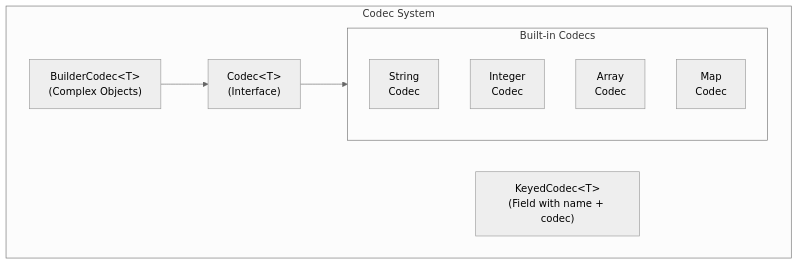
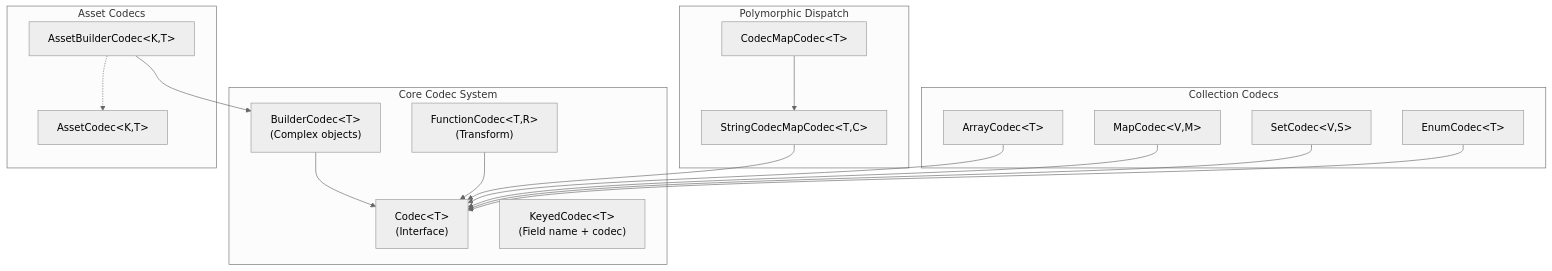
Before and after one commit to ItsRiprod/doctale: the diagram in src/content/docs/plugin-development/serialization/overview.mdx, drawn with Mermaid (neutral theme). The commit also changed other lines of this file and 12 other files, not shown here.

````diff
--- a/src/content/docs/plugin-development/serialization/overview.mdx
+++ b/src/content/docs/plugin-development/serialization/overview.mdx
@@ -25,19 +35,37 @@
 ```mermaid
 flowchart TB
-    subgraph Codec["Codec System"]
+    subgraph Core["Core Codec System"]
         Interface["Codec&lt;T&gt;<br/>(Interface)"]
-        Builder["BuilderCodec&lt;T&gt;<br/>(Complex Objects)"]
+        Keyed["KeyedCodec&lt;T&gt;<br/>(Field name + codec)"]
+        Builder["BuilderCodec&lt;T&gt;<br/>(Complex objects)"]
+        FunctionCodec["FunctionCodec&lt;T,R&gt;<br/>(Transform)"]
+    end
 
-        subgraph Builtins["Built-in Codecs"]
-            StringCodec["String<br/>Codec"]
-            IntegerCodec["Integer<br/>Codec"]
-            ArrayCodec["Array<br/>Codec"]
-            MapCodec["Map<br/>Codec"]
-        end
+    subgraph Dispatch["Polymorphic Dispatch"]
+        CodecMap["CodecMapCodec&lt;T&gt;"]
+        StringCodecMap["StringCodecMapCodec&lt;T,C&gt;"]
+    end
 
-        Keyed["KeyedCodec&lt;T&gt;<br/>(Field with name + codec)"]
+    subgraph Collections["Collection Codecs"]
+        ArrayCodec["ArrayCodec&lt;T&gt;"]
+        MapCodec["MapCodec&lt;V,M&gt;"]
+        SetCodec["SetCodec&lt;V,S&gt;"]
+        EnumCodec["EnumCodec&lt;T&gt;"]
+    end
+
+    subgraph Assets["Asset Codecs"]
+        AssetCodec["AssetCodec&lt;K,T&gt;"]
+        AssetBuilder["AssetBuilderCodec&lt;K,T&gt;"]
     end
 
     Builder --> Interface
-    Interface --> Builtins
+    FunctionCodec --> Interface
+    CodecMap --> StringCodecMap
+    StringCodecMap --> Interface
+    AssetBuilder --> Builder
+    AssetBuilder -.-> AssetCodec
+    ArrayCodec --> Interface
+    MapCodec --> Interface
+    SetCodec --> Interface
+    EnumCodec --> Interface
 ```
````
